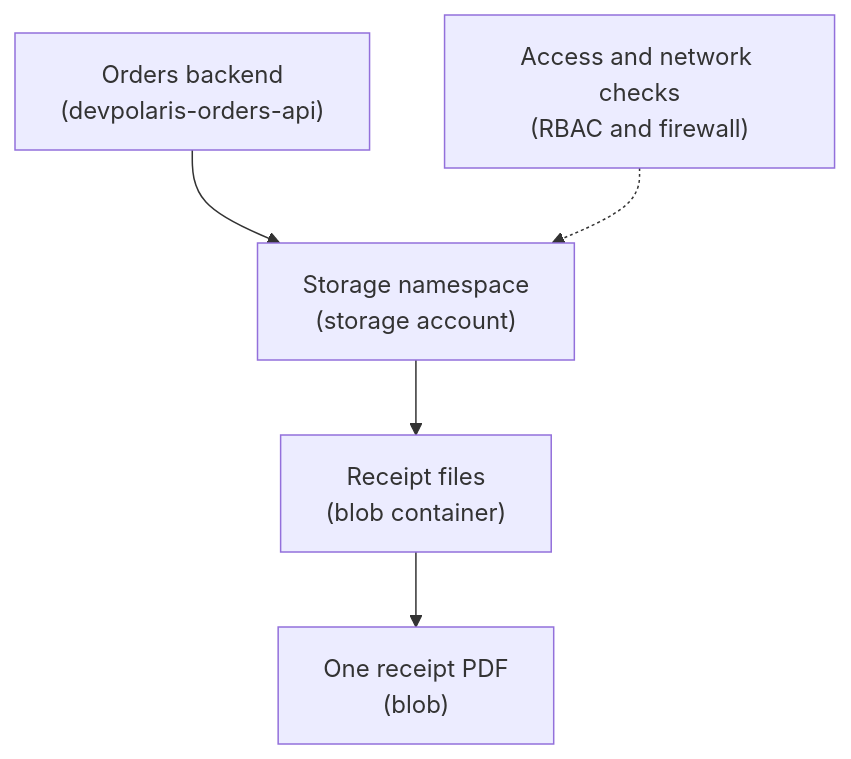
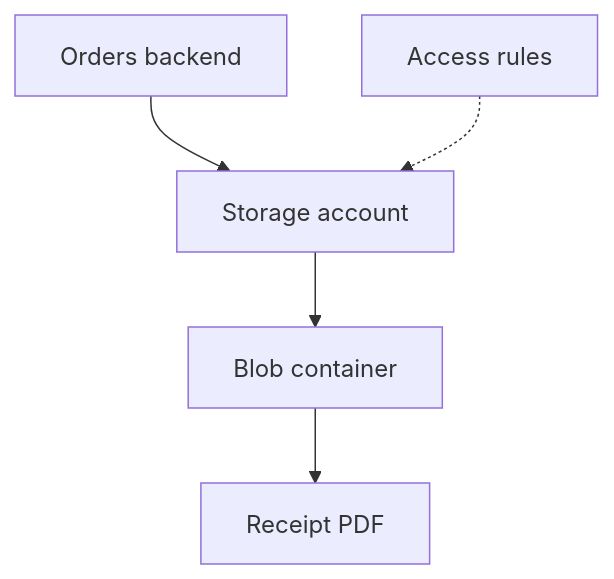
The diagram in cloud-providers/azure/storage-databases/storage-accounts-and-blob-storage.md (senlinyy/dev-roadmaps), drawn with Mermaid before and after one commit. The commit also changed 141 other files, not shown here.

````diff
--- a/cloud-providers/azure/storage-databases/storage-accounts-and-blob-storage.md
+++ b/cloud-providers/azure/storage-databases/storage-accounts-and-blob-storage.md
@@ -102,13 +102,13 @@
 ```mermaid
 flowchart TD
-    App["Orders backend<br/>(devpolaris-orders-api)"]
-    Account["Storage namespace<br/>(storage account)"]
-    Container["Receipt files<br/>(blob container)"]
-    Blob["One receipt PDF<br/>(blob)"]
-    Rules["Access and network checks<br/>(RBAC and firewall)"]
+    App["Orders backend"]
+    Account["Storage account"]
+    Container["Blob container"]
+    Blob["Receipt PDF"]
+    Rules["Access rules"]
 
     App --> Account
     Account --> Container
     Container --> Blob
     Rules -.-> Account
 ```
````
